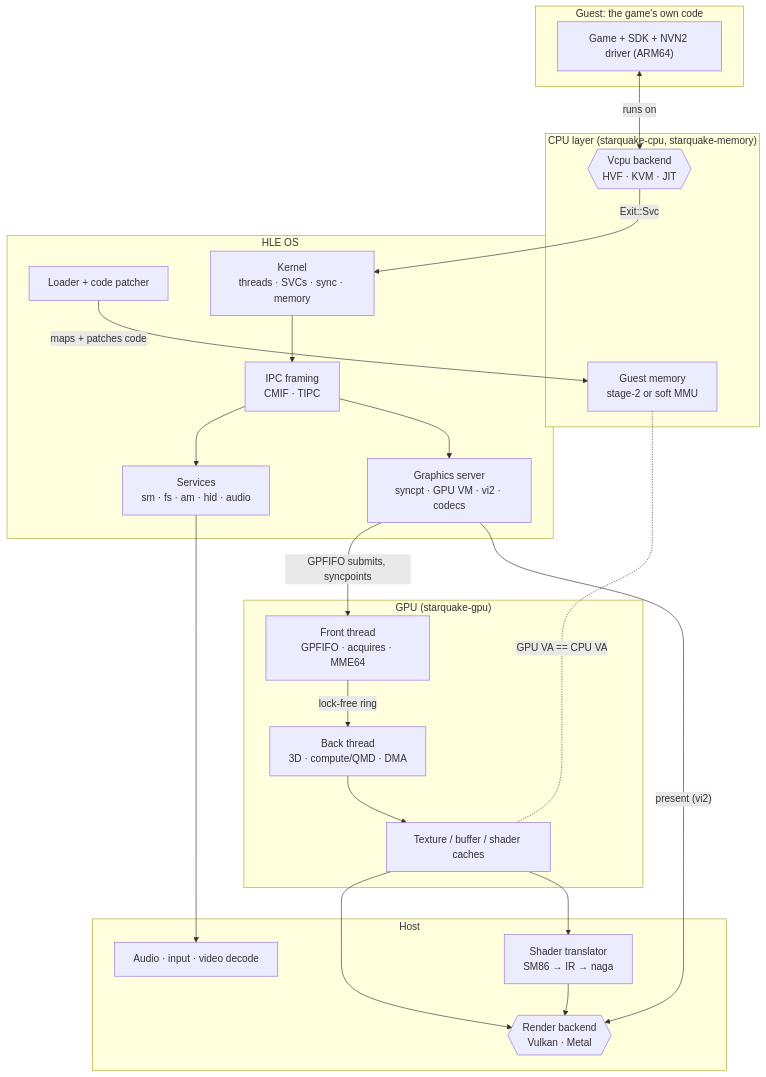
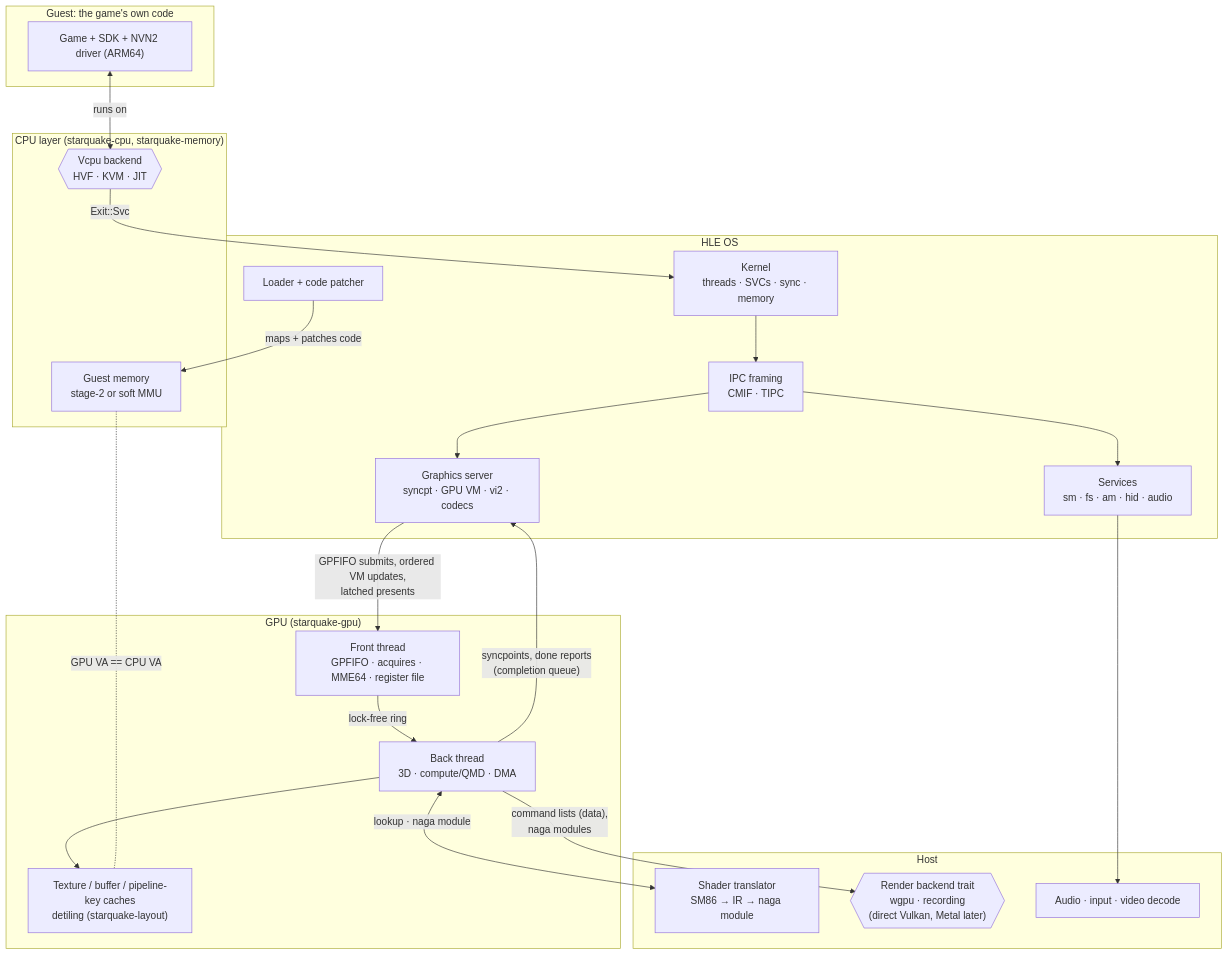
The first of 2 diagrams in docs/architecture.md (Syynth/starquake), drawn with Mermaid before and after one commit. The commit also changed other lines of this file and 5 other files, not shown here.

First line of the commit message:
docs: amend the approved specs for the graphics designs

````diff
--- a/docs/architecture.md
+++ b/docs/architecture.md
@@ -13,44 +16,45 @@
 ```mermaid
 flowchart TB
     subgraph guest["Guest: the game's own code"]
         game["Game + SDK + NVN2 driver (ARM64)"]
     end
 
     subgraph cpu["CPU layer (starquake-cpu, starquake-memory)"]
         backend{{"Vcpu backend<br/>HVF · KVM · JIT"}}
         mem["Guest memory<br/>stage-2 or soft MMU"]
     end
 
     subgraph os["HLE OS"]
         loader["Loader + code patcher"]
         kernel["Kernel<br/>threads · SVCs · sync · memory"]
         ipc["IPC framing<br/>CMIF · TIPC"]
         services["Services<br/>sm · fs · am · hid · audio"]
         gsv["Graphics server<br/>syncpt · GPU VM · vi2 · codecs"]
     end
 
     subgraph gpu["GPU (starquake-gpu)"]
-        front["Front thread<br/>GPFIFO · acquires · MME64"]
+        front["Front thread<br/>GPFIFO · acquires · MME64 · register file"]
         back["Back thread<br/>3D · compute/QMD · DMA"]
-        caches["Texture / buffer / shader caches"]
+        caches["Texture / buffer / pipeline-key caches<br/>detiling (starquake-layout)"]
     end
 
     subgraph host["Host"]
-        shader["Shader translator<br/>SM86 → IR → naga"]
-        render{{"Render backend<br/>Vulkan · Metal"}}
+        shader["Shader translator<br/>SM86 → IR → naga module"]
+        render{{"Render backend trait<br/>wgpu · recording<br/>(direct Vulkan, Metal later)"}}
         io["Audio · input · video decode"]
     end
 
     loader -->|"maps + patches code"| mem
     game <-->|"runs on"| backend
     backend -->|"Exit::Svc"| kernel
     kernel --> ipc --> services
     ipc --> gsv
-    gsv -->|"GPFIFO submits, syncpoints"| front
+    gsv -->|"GPFIFO submits, ordered VM updates,<br/>latched presents"| front
     front -->|"lock-free ring"| back
-    back --> caches --> render
-    caches --> shader --> render
+    back --> caches
+    back <-->|"lookup · naga module"| shader
+    back -->|"command lists (data),<br/>naga modules"| render
+    back -->|"syncpoints, done reports<br/>(completion queue)"| gsv
     services --> io
-    gsv -->|"present (vi2)"| render
     mem -. "GPU VA == CPU VA" .- caches
 ```
````
